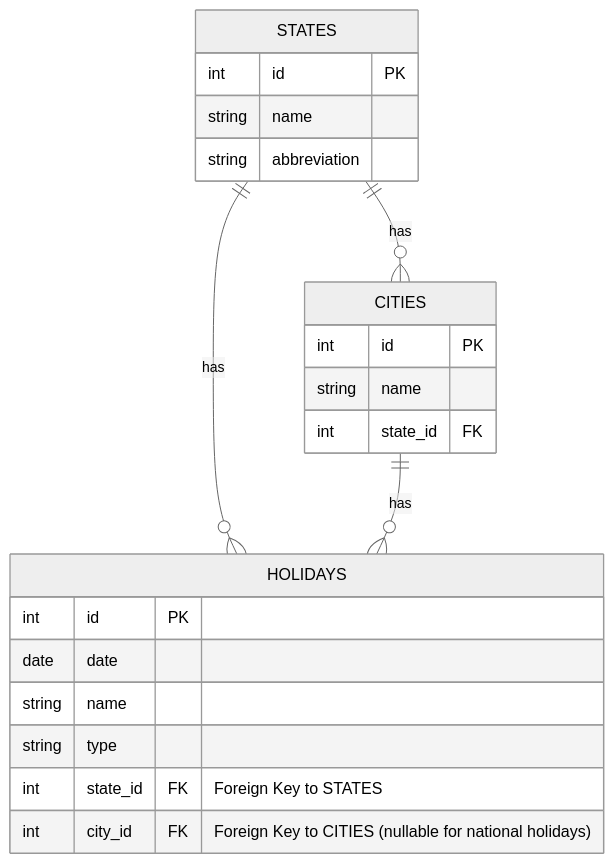
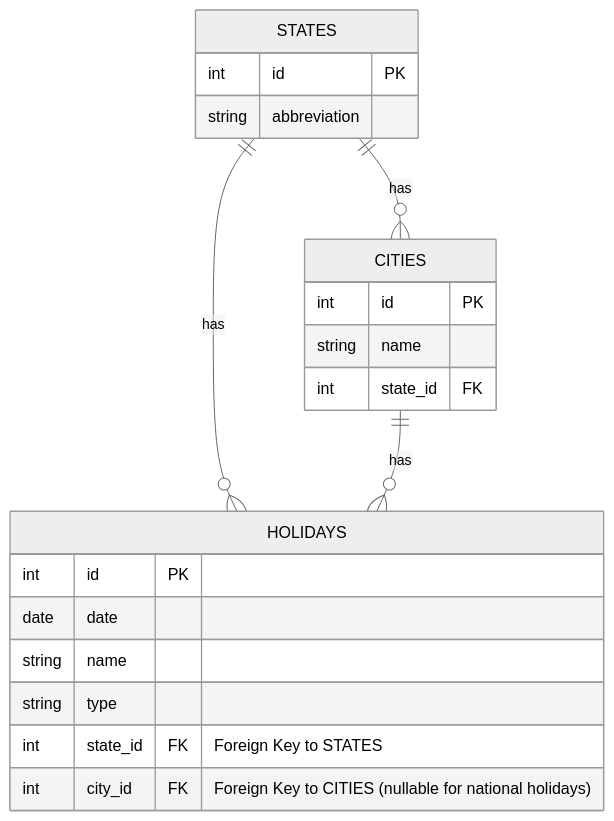
Before and after one commit to mcoldibelli/rpa-holiday: the diagram in README_ARCHITECTURE.md, drawn with Mermaid (neutral theme). The commit also changed 4 other files, not shown here.

````diff
--- a/README_ARCHITECTURE.md
+++ b/README_ARCHITECTURE.md
@@ -59,27 +59,26 @@
 ```mermaid
 erDiagram
   STATES {
     int id PK
-    string name
     string abbreviation
   }
 
   CITIES {
     int id PK
     string name
     int state_id FK
   }
 
   HOLIDAYS {
     int id PK
     date date
     string name
     string type
     int state_id FK "Foreign Key to STATES"
     int city_id FK "Foreign Key to CITIES (nullable for national holidays)"
   }
 
   STATES ||--o{ CITIES : "has"
   STATES ||--o{ HOLIDAYS : "has"
   CITIES ||--o{ HOLIDAYS : "has"
 ```
````
